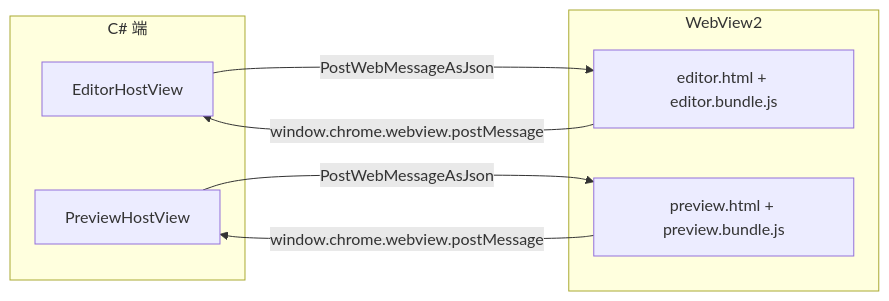
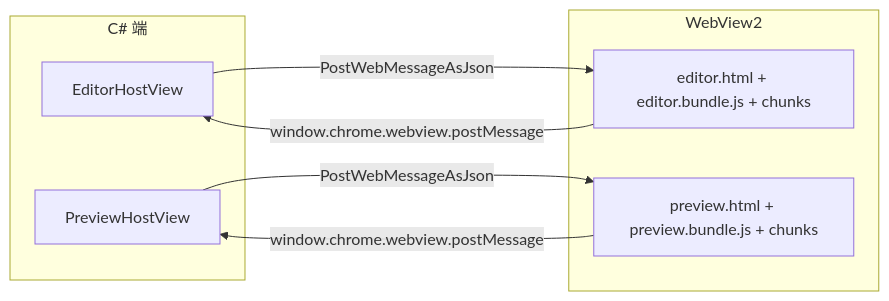
The third of 6 diagrams in docs/系統架構.md (mark216tw/win-mdeditor-01), drawn with Mermaid before and after one commit. The commit also changed other lines of this file and 44 other files, not shown here.

````diff
--- a/docs/系統架構.md
+++ b/docs/系統架構.md
@@ -130,15 +131,15 @@
 ```mermaid
 flowchart LR
     subgraph CSharp["C# 端"]
         EH[EditorHostView]
         PH[PreviewHostView]
     end
     subgraph WebView["WebView2"]
-        E[editor.html + editor.bundle.js]
-        P[preview.html + preview.bundle.js]
+        E[editor.html + editor.bundle.js + chunks]
+        P[preview.html + preview.bundle.js + chunks]
     end
     EH -- PostWebMessageAsJson --> E
     E -- window.chrome.webview.postMessage --> EH
     PH -- PostWebMessageAsJson --> P
     P -- window.chrome.webview.postMessage --> PH
 ```
````
